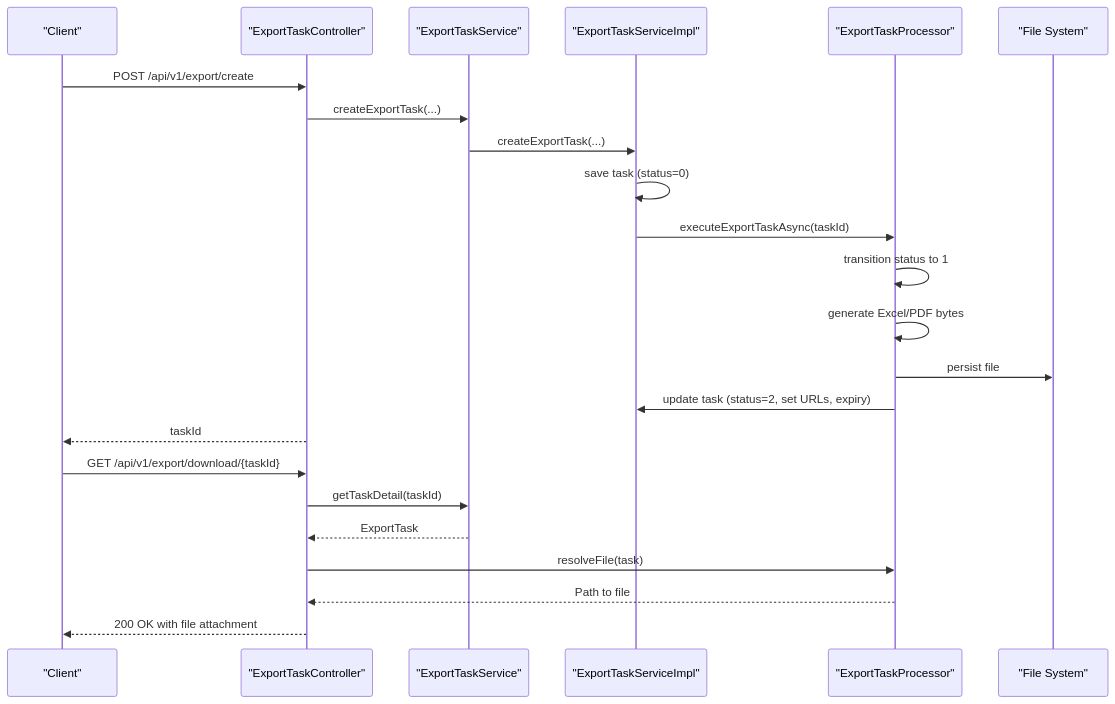
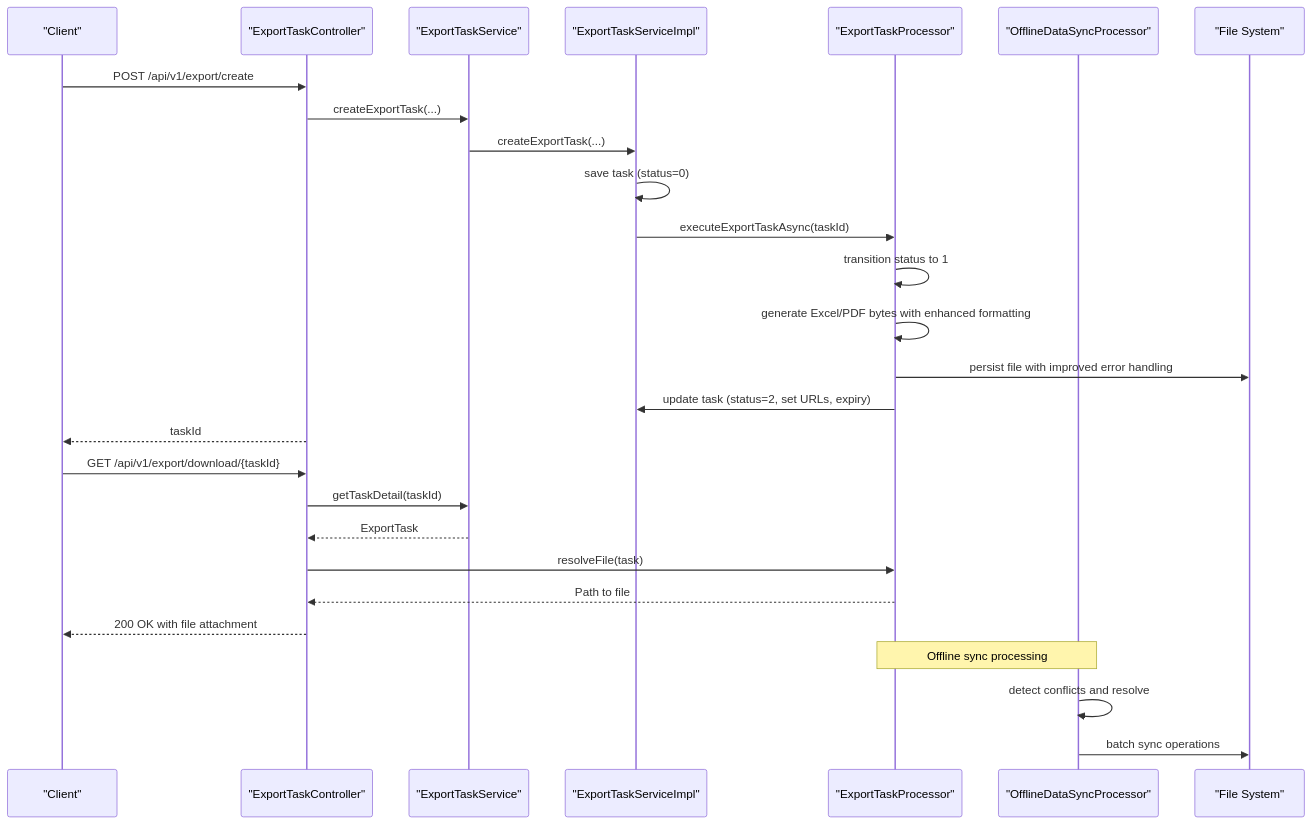
The second of 10 diagrams in .qoder/repowiki/en/content/Export & Reporting/Export & Reporting.md (bo961386926/Survey-App), drawn with Mermaid before and after one commit. The commit also changed other lines of this file and 25 other files, not shown here.

````diff
--- a/.qoder/repowiki/en/content/Export & Reporting/Export & Reporting.md
+++ b/.qoder/repowiki/en/content/Export & Reporting/Export & Reporting.md
@@ -134,25 +194,29 @@
 ```mermaid
 sequenceDiagram
 participant Client as "Client"
 participant Controller as "ExportTaskController"
 participant Service as "ExportTaskService"
 participant Impl as "ExportTaskServiceImpl"
 participant Proc as "ExportTaskProcessor"
+participant SyncProc as "OfflineDataSyncProcessor"
 participant Store as "File System"
 Client->>Controller : POST /api/v1/export/create
 Controller->>Service : createExportTask(...)
 Service->>Impl : createExportTask(...)
 Impl->>Impl : save task (status=0)
 Impl->>Proc : executeExportTaskAsync(taskId)
 Proc->>Proc : transition status to 1
-Proc->>Proc : generate Excel/PDF bytes
-Proc->>Store : persist file
+Proc->>Proc : generate Excel/PDF bytes with enhanced formatting
+Proc->>Store : persist file with improved error handling
 Proc->>Impl : update task (status=2, set URLs, expiry)
 Controller-->>Client : taskId
 Client->>Controller : GET /api/v1/export/download/{taskId}
 Controller->>Service : getTaskDetail(taskId)
 Service-->>Controller : ExportTask
 Controller->>Proc : resolveFile(task)
 Proc-->>Controller : Path to file
 Controller-->>Client : 200 OK with file attachment
+Note over SyncProc,Proc : Offline sync processing
+SyncProc->>SyncProc : detect conflicts and resolve
+SyncProc->>Store : batch sync operations
 ```
````
